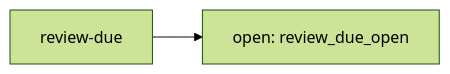
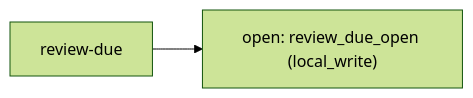
One commit to Jake36999/Librarian_V2 changed diagram 21 of 30 in reports/2026-11-20-workflow-map/WORKFLOW-MAP.md. Above: the diagram before and after it, drawn with Mermaid (forest theme). The commit also changed other lines of this file and 6 other files, not shown here.

````diff
--- a/reports/2026-11-20-workflow-map/WORKFLOW-MAP.md
+++ b/reports/2026-11-20-workflow-map/WORKFLOW-MAP.md
@@ -289,6 +289,6 @@
 ```mermaid
 flowchart LR
   s["review-due"]
-  n0["open: review_due_open"]
+  n0["open: review_due_open (local_write)"]
   s --> n0
 ```
````
